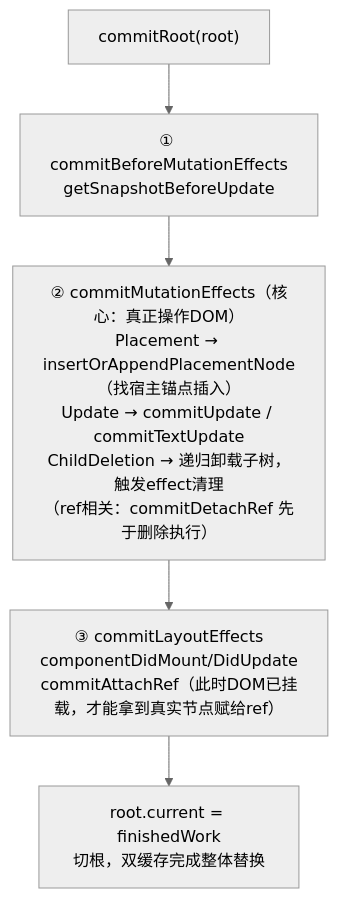
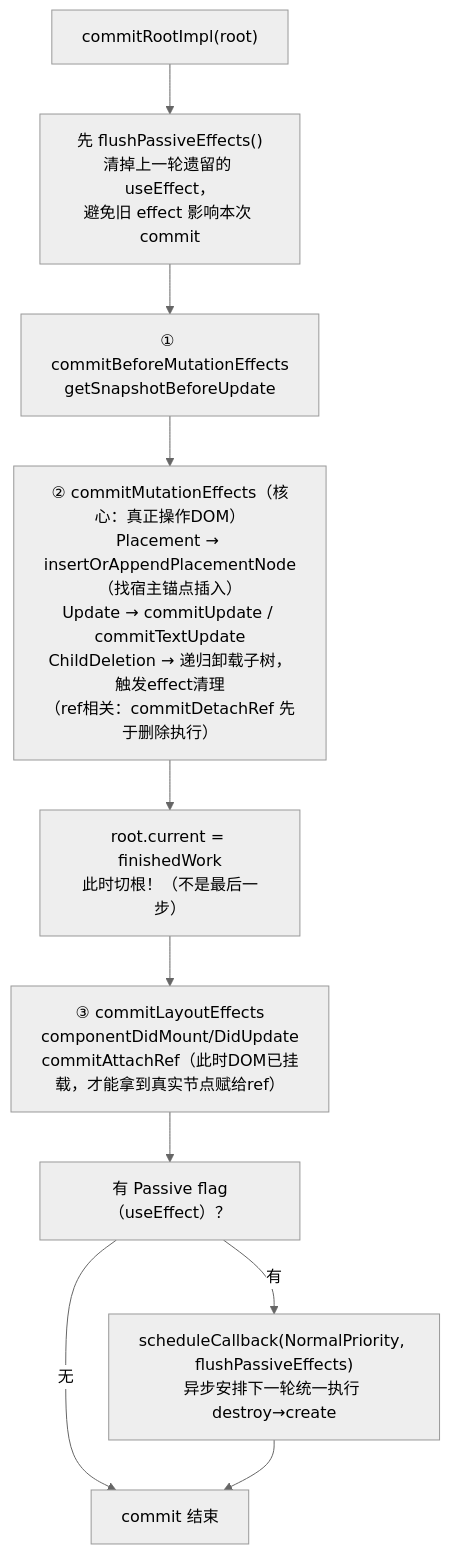
One commit to lotosv2010/react-source changed diagram 11 of 18 in docs/react-core.md. Above: the diagram before and after it, drawn with Mermaid (neutral theme). The commit also changed other lines of this file and 1 other file, not shown here.

First line of the commit message:
docs: 修正流程图与官方源码的偏差，补充缺失知识点

````diff
--- a/docs/react-core.md
+++ b/docs/react-core.md
@@ -205,7 +213,12 @@
 ```mermaid
 flowchart TD
-    A["commitRoot(root)"] --> B["① commitBeforeMutationEffects<br/>getSnapshotBeforeUpdate"]
-    B --> C["② commitMutationEffects（核心：真正操作DOM）<br/>Placement → insertOrAppendPlacementNode（找宿主锚点插入）<br/>Update → commitUpdate / commitTextUpdate<br/>ChildDeletion → 递归卸载子树，触发effect清理<br/>（ref相关：commitDetachRef 先于删除执行）"]
-    C --> D["③ commitLayoutEffects<br/>componentDidMount/DidUpdate<br/>commitAttachRef（此时DOM已挂载，才能拿到真实节点赋给ref）"]
-    D --> E["root.current = finishedWork<br/>切根，双缓存完成整体替换"]
+    Z["commitRootImpl(root)"] --> Z0["先 flushPassiveEffects()<br/>清掉上一轮遗留的 useEffect，<br/>避免旧 effect 影响本次 commit"]
+    Z0 --> A["① commitBeforeMutationEffects<br/>getSnapshotBeforeUpdate"]
+    A --> C["② commitMutationEffects（核心：真正操作DOM）<br/>Placement → insertOrAppendPlacementNode（找宿主锚点插入）<br/>Update → commitUpdate / commitTextUpdate<br/>ChildDeletion → 递归卸载子树，触发effect清理<br/>（ref相关：commitDetachRef 先于删除执行）"]
+    C --> Cur["root.current = finishedWork<br/>此时切根！（不是最后一步）"]
+    Cur --> D["③ commitLayoutEffects<br/>componentDidMount/DidUpdate<br/>commitAttachRef（此时DOM已挂载，才能拿到真实节点赋给ref）"]
+    D --> P["有 Passive flag（useEffect）？"]
+    P -->|有| S["scheduleCallback(NormalPriority, flushPassiveEffects)<br/>异步安排下一轮统一执行 destroy→create"]
+    P -->|无| End[commit 结束]
+    S --> End
 ```
````
